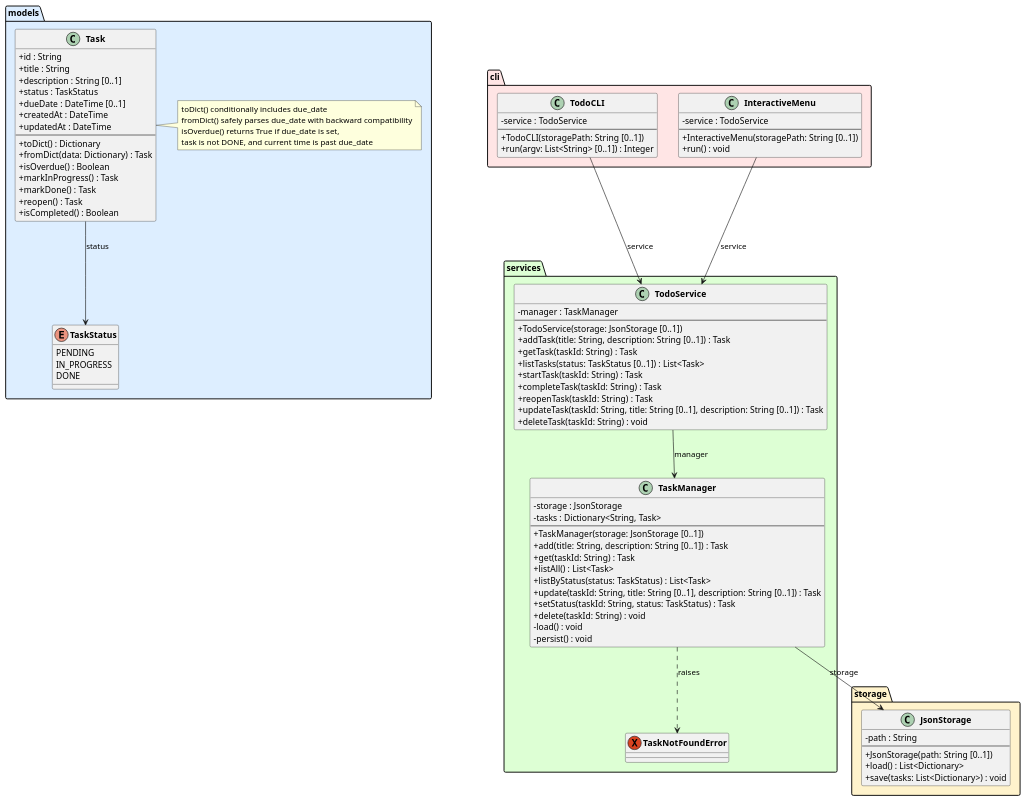
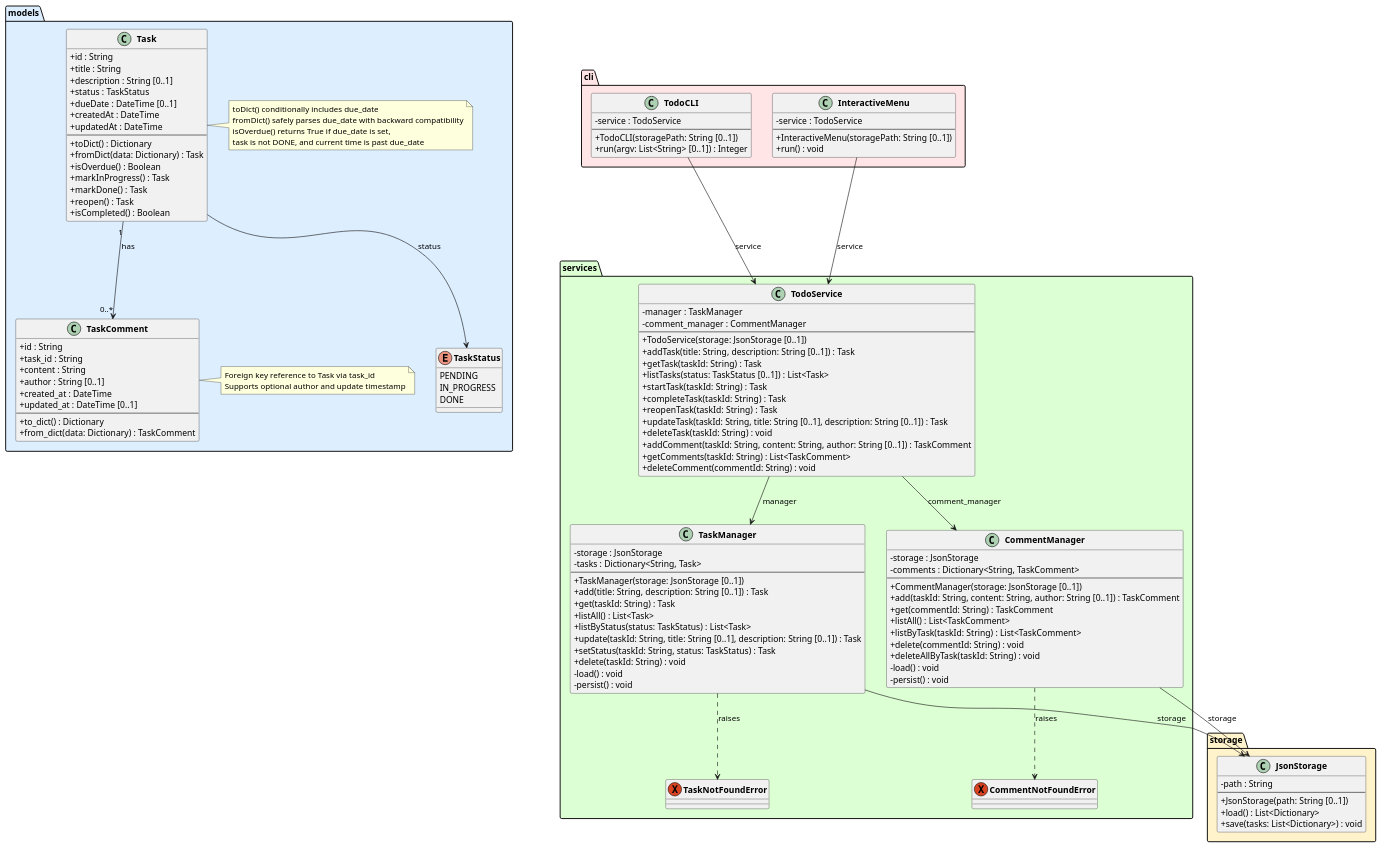
One commit to DanielRiha8906/Software_autoevolution_using_agents changed the diagram in experiments/pipeline/structured_text/TODO/artifacts/class_diagram.puml. Above: the diagram before and after it, drawn with PlantUML. The commit also changed 16 other files, not shown here.

First line of the commit message:
task 03 | pipeline / structured_text / TODO

```diff
--- a/experiments/pipeline/structured_text/TODO/artifacts/class_diagram.puml
+++ b/experiments/pipeline/structured_text/TODO/artifacts/class_diagram.puml
@@ -1,105 +1,145 @@
 @startuml class_diagram
 
 skinparam classAttributeIconSize 0
 skinparam classFontStyle bold
 
 package "models" #DDEEFF {
     enum TaskStatus {
         PENDING
         IN_PROGRESS
         DONE
     }
 
     class Task {
         +id : String
         +title : String
         +description : String [0..1]
         +status : TaskStatus
         +dueDate : DateTime [0..1]
         +createdAt : DateTime
         +updatedAt : DateTime
         --
         +toDict() : Dictionary
         +fromDict(data: Dictionary) : Task
         +isOverdue() : Boolean
         +markInProgress() : Task
         +markDone() : Task
         +reopen() : Task
         +isCompleted() : Boolean
     }
     note right of Task
         toDict() conditionally includes due_date
         fromDict() safely parses due_date with backward compatibility
         isOverdue() returns True if due_date is set,
         task is not DONE, and current time is past due_date
     end note
+
+    class TaskComment {
+        +id : String
+        +task_id : String
+        +content : String
+        +author : String [0..1]
+        +created_at : DateTime
+        +updated_at : DateTime [0..1]
+        --
+        +to_dict() : Dictionary
+        +from_dict(data: Dictionary) : TaskComment
+    }
+    note right of TaskComment
+        Foreign key reference to Task via task_id
+        Supports optional author and update timestamp
+    end note
 }
 
 package "storage" #FFF3CC {
     class JsonStorage {
         -path : String
         --
         +JsonStorage(path: String [0..1])
         +load() : List<Dictionary>
         +save(tasks: List<Dictionary>) : void
     }
 }
 
 package "services" #DDFFD4 {
     exception TaskNotFoundError
+    exception CommentNotFoundError
 
     class TaskManager {
         -storage : JsonStorage
         -tasks : Dictionary<String, Task>
         --
         +TaskManager(storage: JsonStorage [0..1])
         +add(title: String, description: String [0..1]) : Task
         +get(taskId: String) : Task
         +listAll() : List<Task>
         +listByStatus(status: TaskStatus) : List<Task>
         +update(taskId: String, title: String [0..1], description: String [0..1]) : Task
         +setStatus(taskId: String, status: TaskStatus) : Task
         +delete(taskId: String) : void
         -load() : void
         -persist() : void
     }
 
+    class CommentManager {
+        -storage : JsonStorage
+        -comments : Dictionary<String, TaskComment>
+        --
+        +CommentManager(storage: JsonStorage [0..1])
+        +add(taskId: String, content: String, author: String [0..1]) : TaskComment
+        +get(commentId: String) : TaskComment
+        +listAll() : List<TaskComment>
+        +listByTask(taskId: String) : List<TaskComment>
+        +delete(commentId: String) : void
+        +deleteAllByTask(taskId: String) : void
+        -load() : void
+        -persist() : void
+    }
+
     class TodoService {
         -manager : TaskManager
+        -comment_manager : CommentManager
         --
         +TodoService(storage: JsonStorage [0..1])
         +addTask(title: String, description: String [0..1]) : Task
         +getTask(taskId: String) : Task
         +listTasks(status: TaskStatus [0..1]) : List<Task>
         +startTask(taskId: String) : Task
         +completeTask(taskId: String) : Task
         +reopenTask(taskId: String) : Task
         +updateTask(taskId: String, title: String [0..1], description: String [0..1]) : Task
         +deleteTask(taskId: String) : void
+        +addComment(taskId: String, content: String, author: String [0..1]) : TaskComment
+        +getComments(taskId: String) : List<TaskComment>
+        +deleteComment(commentId: String) : void
     }
 }
 
 package "cli" #FFE5E5 {
     class TodoCLI {
         -service : TodoService
         --
         +TodoCLI(storagePath: String [0..1])
         +run(argv: List<String> [0..1]) : Integer
     }
 
     class InteractiveMenu {
         -service : TodoService
         --
         +InteractiveMenu(storagePath: String [0..1])
         +run() : void
     }
 }
 
 Task --> TaskStatus : status
+Task "1" --> "0..*" TaskComment : has
 TaskManager --> JsonStorage : storage
 TaskManager ..> TaskNotFoundError : raises
+CommentManager --> JsonStorage : storage
+CommentManager ..> CommentNotFoundError : raises
 TodoService --> TaskManager : manager
+TodoService --> CommentManager : comment_manager
 TodoCLI --> TodoService : service
 InteractiveMenu --> TodoService : service
 
 @enduml
```
